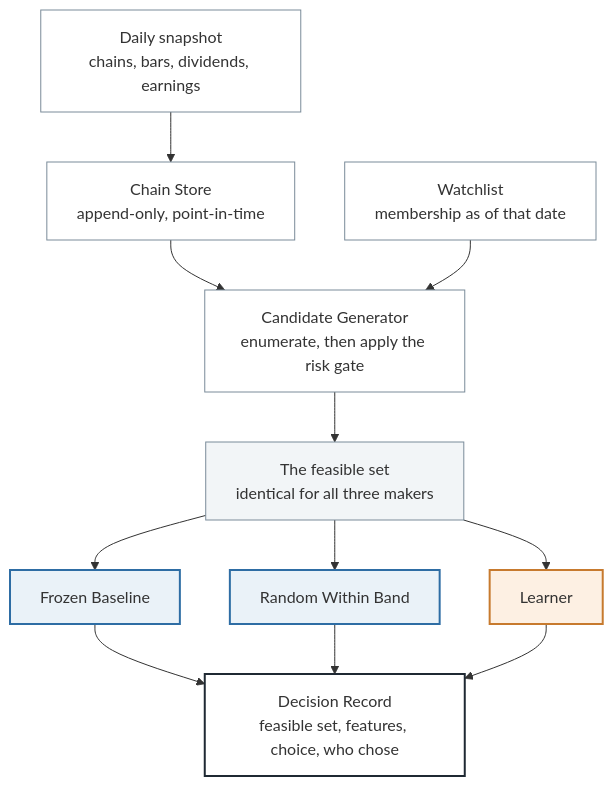
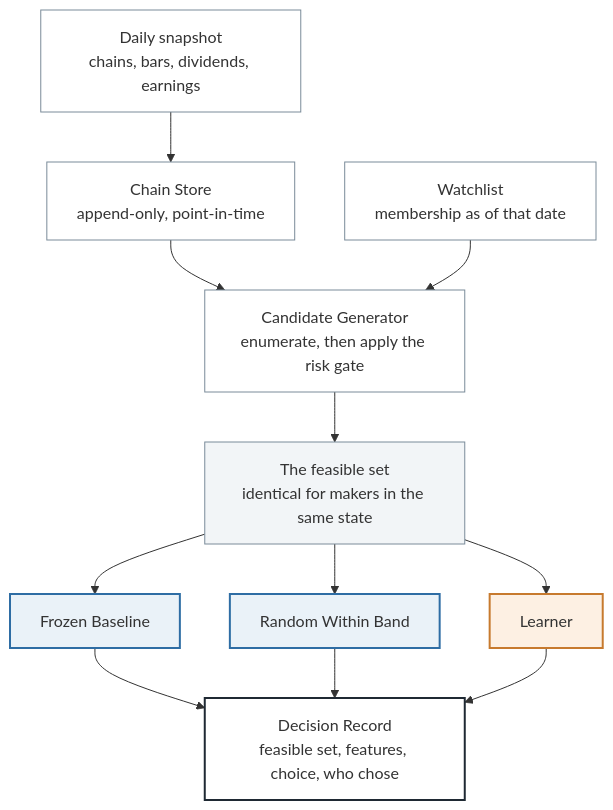
The second of 3 diagrams in docs/ORIENTATION.md (masalasev-ops/OptionsWheelLab), drawn with Mermaid before and after one commit. The commit also changed other lines of this file and 9 other files, not shown here.

````diff
--- a/docs/ORIENTATION.md
+++ b/docs/ORIENTATION.md
@@ -96,40 +96,40 @@
 ```mermaid
 flowchart TD
     DATA["Daily snapshot<br/>chains, bars, dividends, earnings"]
     STORE["Chain Store<br/>append-only, point-in-time"]
     WATCH["Watchlist<br/>membership as of that date"]
     GEN["Candidate Generator<br/>enumerate, then apply the risk gate"]
-    FEAS["The feasible set<br/>identical for all three makers"]
+    FEAS["The feasible set<br/>identical for makers in the same state"]
     BASE["Frozen Baseline"]
     RAND["Random Within Band"]
     LEARN["Learner"]
     REC["Decision Record<br/>feasible set, features, choice, who chose"]
 
     DATA --> STORE
     STORE --> GEN
     WATCH --> GEN
     GEN --> FEAS
     FEAS --> BASE
     FEAS --> RAND
     FEAS --> LEARN
     BASE --> REC
     RAND --> REC
     LEARN --> REC
 
     class DATA machine
     class STORE machine
     class WATCH machine
     class GEN machine
     class FEAS notrade
     class BASE trade
     class RAND trade
     class LEARN outcome
     class REC hub
 
     classDef trade fill:#EAF2F8,stroke:#2E6DA4,stroke-width:2px
     classDef notrade fill:#F2F5F7,stroke:#7A8B99,stroke-width:1px
     classDef machine fill:#FFFFFF,stroke:#7A8B99,stroke-width:1px
     classDef outcome fill:#FDF0E3,stroke:#C77A2E,stroke-width:2px
     classDef hub fill:#FFFFFF,stroke:#1F2933,stroke-width:2px
     classDef verdict fill:#EEF6EE,stroke:#4A7C59,stroke-width:2px
 ```
````
